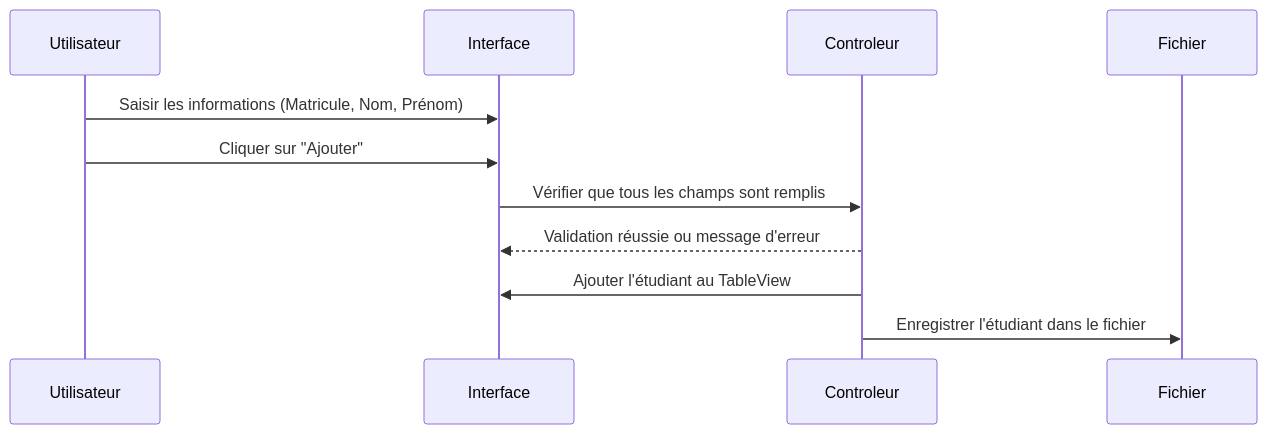
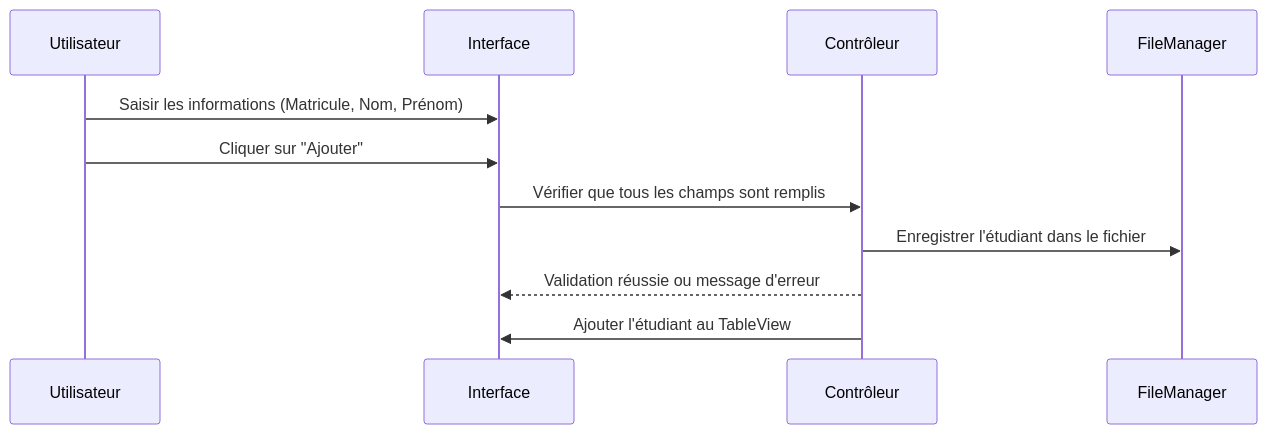
One commit to esibru/4prj1d-labos changed the first of 4 diagrams in docs/TD 01 - Interface utilisateur avec Scene Builder/ex03-tableview.md. Above: the diagram before and after it, drawn with Mermaid. The commit also changed other lines of this file, not shown here.

Commit message:
Mise à jour des sequences du TD01

````diff
--- a/docs/TD 01 - Interface utilisateur avec Scene Builder/ex03-tableview.md
+++ b/docs/TD 01 - Interface utilisateur avec Scene Builder/ex03-tableview.md
@@ -128,15 +128,15 @@
 ```mermaid
 sequenceDiagram
     participant Utilisateur
     participant Interface
-    participant Controleur
-    participant Fichier
+    participant Contrôleur
+    participant FileManager
 
     Utilisateur->>Interface: Saisir les informations (Matricule, Nom, Prénom)
     Utilisateur->>Interface: Cliquer sur "Ajouter"
-    Interface->>Controleur: Vérifier que tous les champs sont remplis
-    Controleur-->>Interface: Validation réussie ou message d'erreur
-    Controleur->>Interface: Ajouter l'étudiant au TableView
-    Controleur->>Fichier: Enregistrer l'étudiant dans le fichier
+    Interface->>Contrôleur: Vérifier que tous les champs sont remplis
+    Contrôleur->>FileManager: Enregistrer l'étudiant dans le fichier
+    Contrôleur-->>Interface: Validation réussie ou message d'erreur
+    Contrôleur->>Interface: Ajouter l'étudiant au TableView
 
 ```
````
